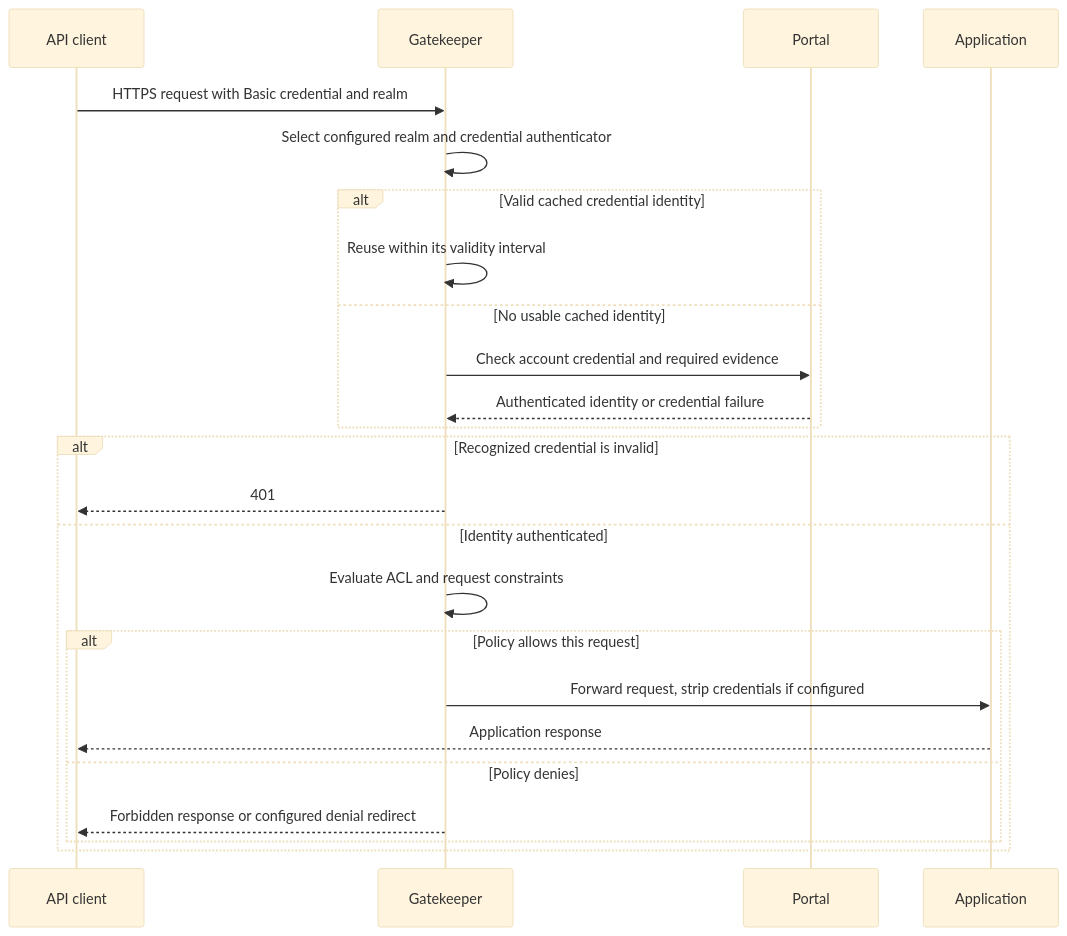
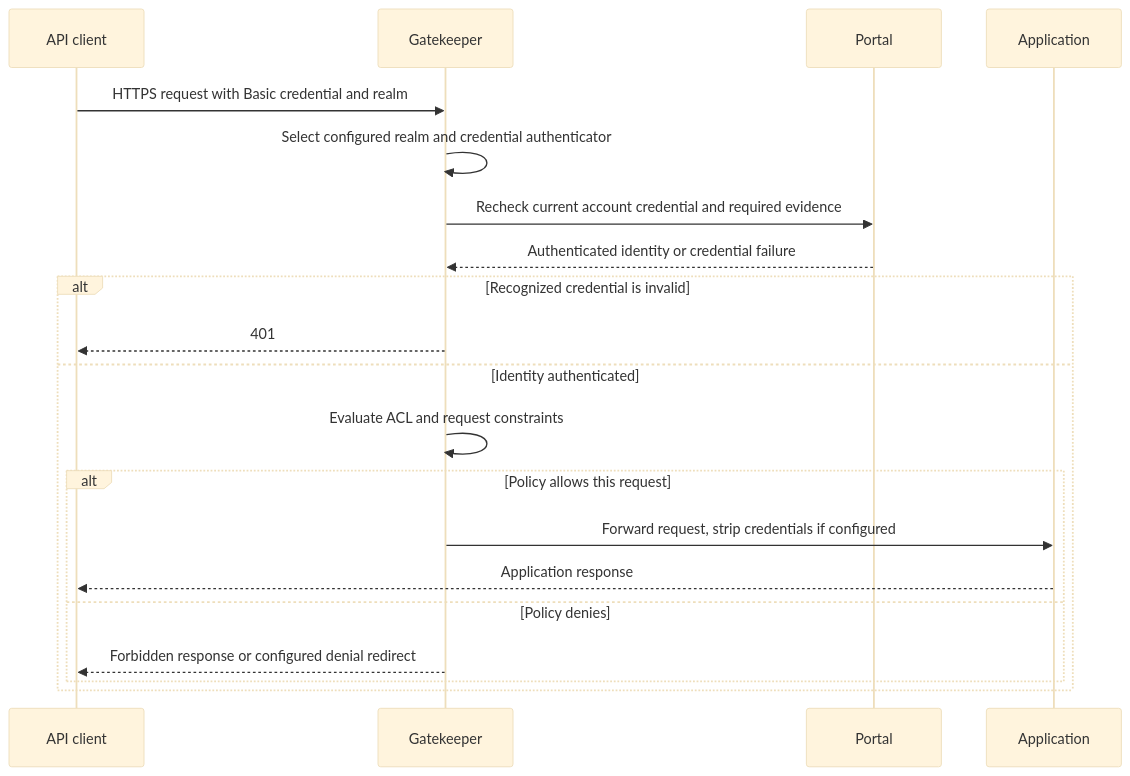
One commit to authcrunch/authcrunch.github.io changed the diagram in docs/authorize/basic_auth.md. Above: the diagram before and after it, drawn with Mermaid (base theme). The commit also changed other lines of this file and 122 other files, not shown here.

````diff
--- a/docs/authorize/basic_auth.md
+++ b/docs/authorize/basic_auth.md
@@ -30,28 +30,24 @@
 ```mermaid
 sequenceDiagram
   accTitle: A Basic-authenticated request still needs an ACL grant
-  accDescr: The client supplies a password and an allowed realm over HTTPS. A valid cached identity may be reused; otherwise the portal checks the credential and applicable direct-authentication requirements. The gatekeeper then evaluates access rules. This flow does not perform interactive MFA or create a browser login session.
+  accDescr: The client supplies a password and an allowed realm over HTTPS. In v1.5.0 the portal rechecks the credential and current direct-authentication requirements on every portal-backed credential request. The gatekeeper then evaluates access rules. This flow does not perform interactive MFA or create a browser login session.
   participant C as API client
   participant G as Gatekeeper
   participant P as Portal
   participant A as Application
   C->>G: HTTPS request with Basic credential and realm
   G->>G: Select configured realm and credential authenticator
-  alt Valid cached credential identity
-    G->>G: Reuse within its validity interval
-  else No usable cached identity
-    G->>P: Check account credential and required evidence
-    P-->>G: Authenticated identity or credential failure
-  end
+  G->>P: Recheck current account credential and required evidence
+  P-->>G: Authenticated identity or credential failure
   alt Recognized credential is invalid
     G-->>C: 401
   else Identity authenticated
     G->>G: Evaluate ACL and request constraints
     alt Policy allows this request
       G->>A: Forward request, strip credentials if configured
       A-->>C: Application response
     else Policy denies
       G-->>C: Forbidden response or configured denial redirect
     end
   end
 ```
````
